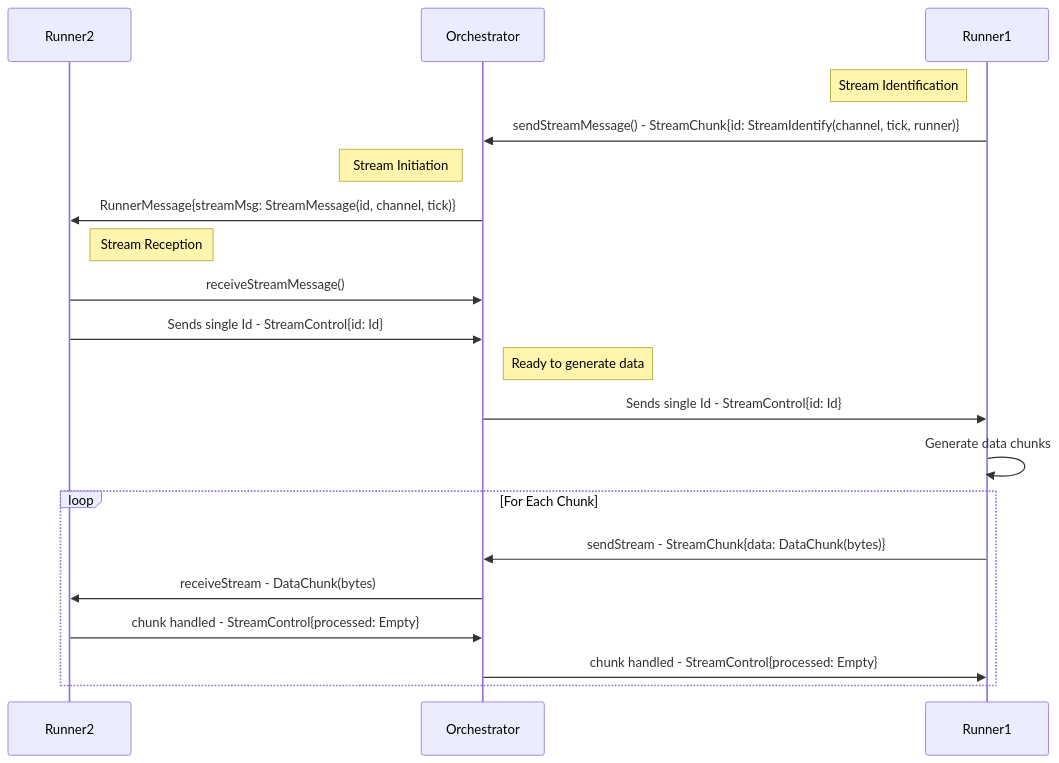
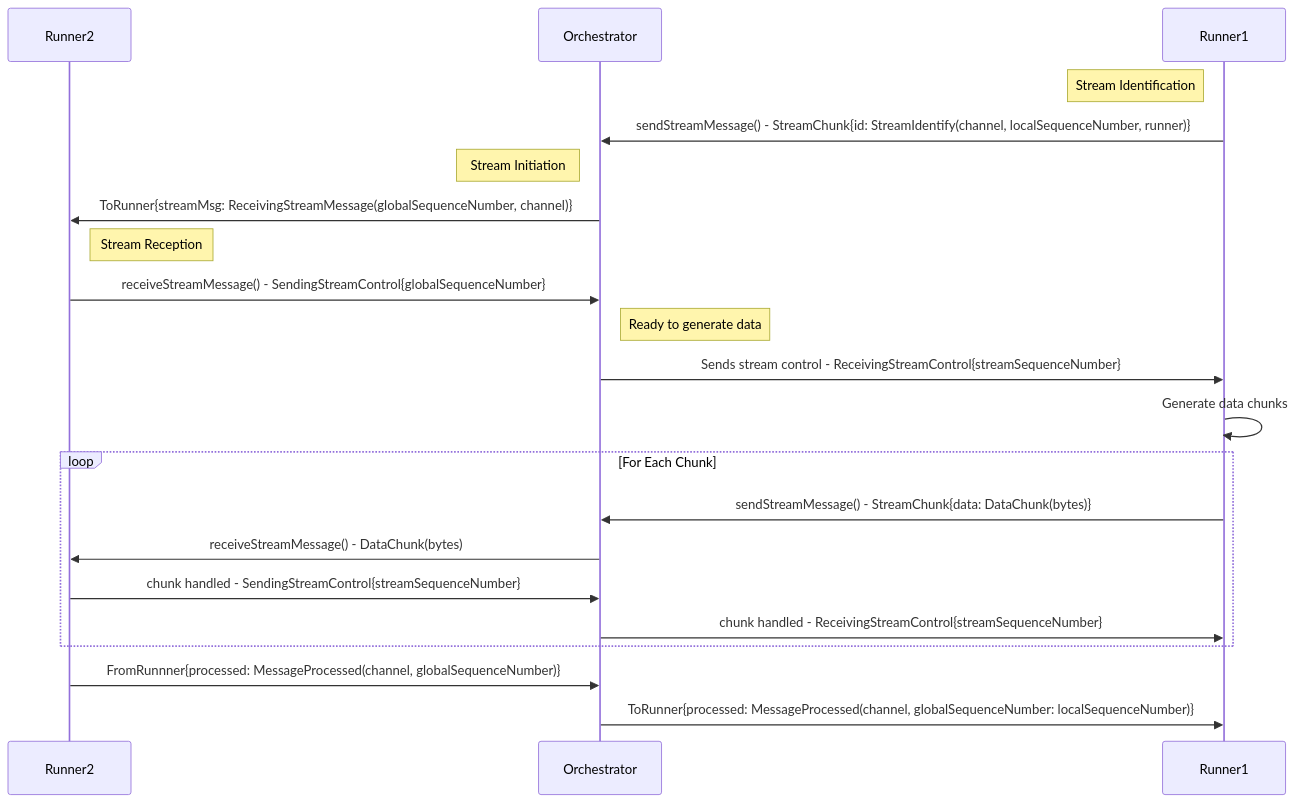
One commit to rdf-connect/proto changed the third of 4 diagrams in README.md. Above: the diagram before and after it, drawn with Mermaid. The commit also changed other lines of this file and 1 other file, not shown here.

````diff
--- a/README.md
+++ b/README.md
@@ -114,27 +113,28 @@
 ```mermaid
 sequenceDiagram
     participant R2 as Runner2
     participant O as Orchestrator
     participant R1 as Runner1
 
     Note left of R1: Stream Identification
-    R1->>O: sendStreamMessage() - StreamChunk{id: StreamIdentify(channel, tick, runner)}
+    R1->>O: sendStreamMessage() - StreamChunk{id: StreamIdentify(channel, localSequenceNumber, runner)}
 
     Note left of O: Stream Initiation
-    O->>R2: RunnerMessage{streamMsg: StreamMessage(id, channel, tick)}
+    O->>R2: ToRunner{streamMsg: ReceivingStreamMessage(globalSequenceNumber, channel)}
 
     Note right of R2: Stream Reception
-    R2->>O: receiveStreamMessage()
-    R2->>O: Sends single Id - StreamControl{id: Id}
+    R2->>O: receiveStreamMessage() - SendingStreamControl{globalSequenceNumber}
 
     Note right of O: Ready to generate data
-    O->>R1: Sends single Id - StreamControl{id: Id}
+    O->>R1: Sends stream control - ReceivingStreamControl{streamSequenceNumber}
 
     R1->>R1: Generate data chunks
     loop For Each Chunk
-        R1->>O: sendStream - StreamChunk{data: DataChunk(bytes)}
-        O->>R2: receiveStream - DataChunk(bytes)
-        R2->>O: chunk handled - StreamControl{processed: Empty}
-        O->>R1: chunk handled - StreamControl{processed: Empty}
+        R1->>O: sendStreamMessage() - StreamChunk{data: DataChunk(bytes)}
+        O->>R2: receiveStreamMessage() - DataChunk(bytes)
+        R2->>O: chunk handled - SendingStreamControl{streamSequenceNumber}
+        O->>R1: chunk handled - ReceivingStreamControl{streamSequenceNumber}
     end
+    R2->>O: FromRunnner{processed: MessageProcessed(channel, globalSequenceNumber)}
+    O->>R1: ToRunner{processed: MessageProcessed(channel, globalSequenceNumber: localSequenceNumber)}
 ```
````
